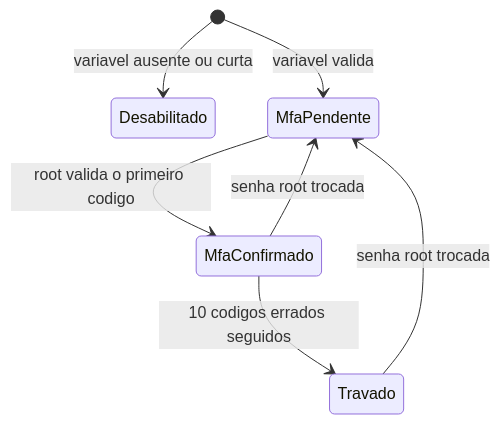
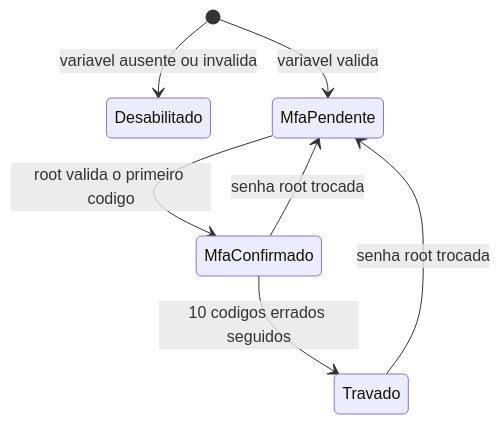
One commit to NEWMOLJUD/Especificacao-Moljud-Setup-Backoffice changed the first of 2 diagrams in README.md. Above: the diagram before and after it, drawn with Mermaid. The commit also changed other lines of this file, not shown here.

````diff
--- a/README.md
+++ b/README.md
@@ -97,9 +151,9 @@
 ```mermaid
 stateDiagram-v2
-    [*] --> Desabilitado: variavel ausente ou curta
+    [*] --> Desabilitado: variavel ausente ou invalida
     [*] --> MfaPendente: variavel valida
     MfaPendente --> MfaConfirmado: root valida o primeiro codigo
     MfaConfirmado --> Travado: 10 codigos errados seguidos
     MfaConfirmado --> MfaPendente: senha root trocada
     Travado --> MfaPendente: senha root trocada
 ```
````
